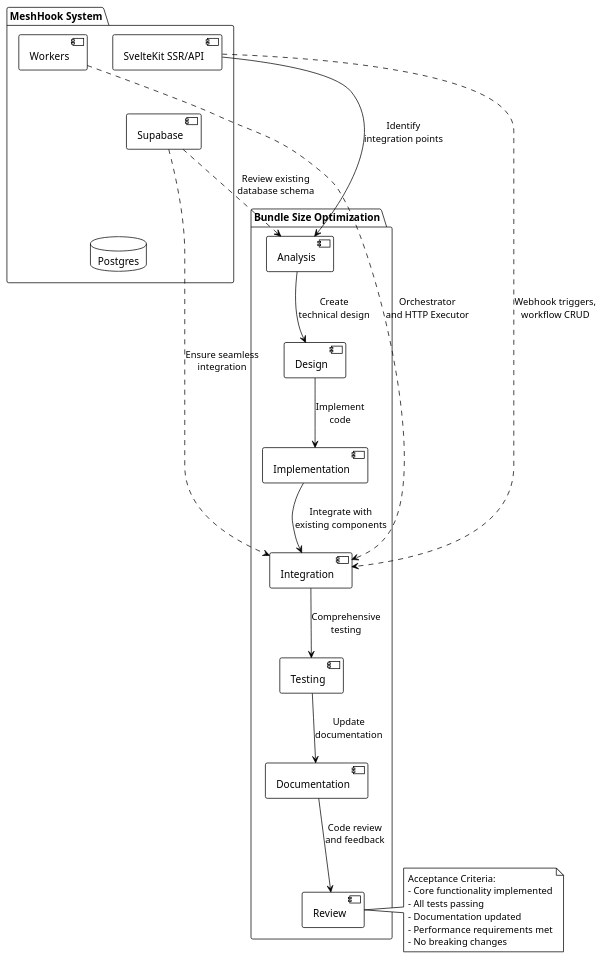
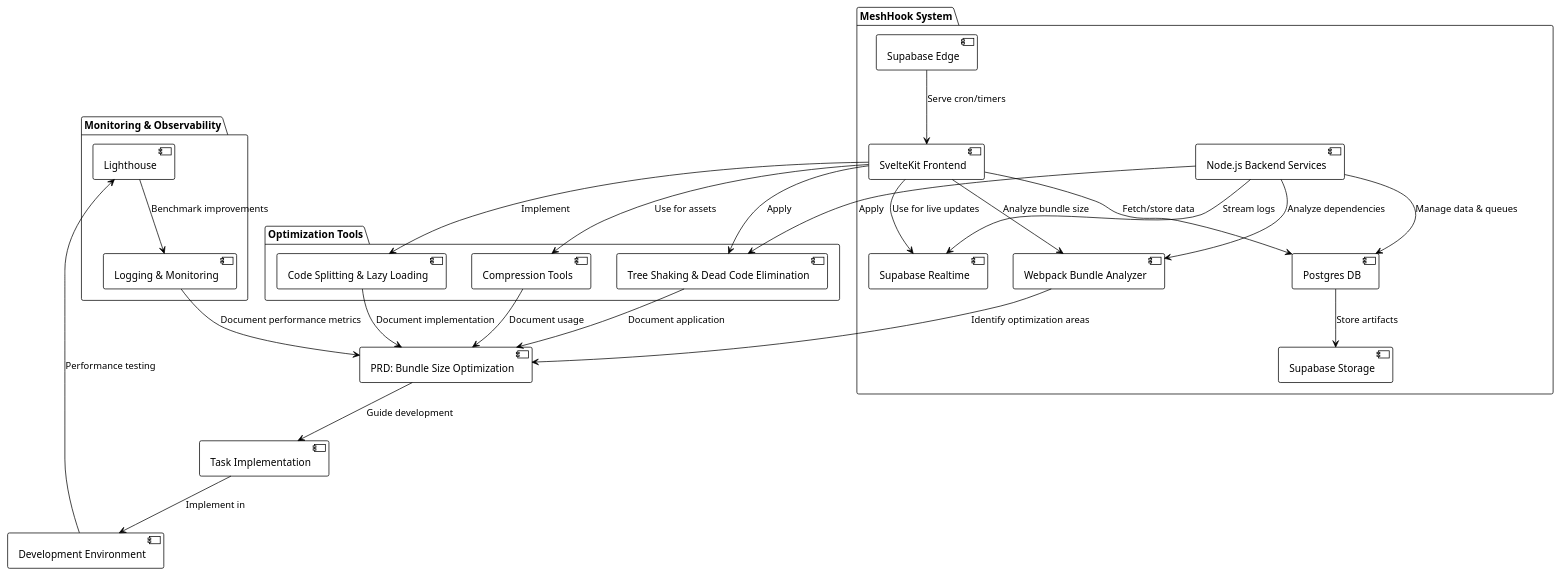
The diagram in docs/PRDs/212-bundle-size-optimization.puml (profullstack/meshhook), drawn with PlantUML before and after one commit. The commit also changed 74 other files, not shown here.

```diff
--- a/docs/PRDs/212-bundle-size-optimization.puml
+++ b/docs/PRDs/212-bundle-size-optimization.puml
@@ -1,46 +1,55 @@
 @startuml
 !theme plain
 
 package "MeshHook System" {
-    [SvelteKit SSR/API] as SvelteKit
-    [Supabase] as Supabase
-    [Workers] as Workers
-    database "Postgres" as Postgres
+    [SvelteKit Frontend] as Frontend
+    [Supabase Realtime] as Realtime
+    [Postgres DB] as Postgres
+    [Node.js Backend Services] as Backend
+    [Webpack Bundle Analyzer] as Analyzer
+    [Supabase Storage] as Storage
+    [Supabase Edge] as Edge
 }
 
-package "Bundle Size Optimization" {
-    [Analysis] as Analysis
-    [Design] as Design
-    [Implementation] as Implementation
-    [Integration] as Integration
-    [Testing] as Testing
-    [Documentation] as Documentation
-    [Review] as Review
+package "Optimization Tools" {
+    [Code Splitting & Lazy Loading] as CodeSplitting
+    [Compression Tools] as Compression
+    [Tree Shaking & Dead Code Elimination] as TreeShaking
 }
 
-SvelteKit --> Analysis : Identify\nintegration points
-Analysis --> Design : Create\ntechnical design
-Design --> Implementation : Implement\ncode
-Implementation --> Integration : Integrate with\nexisting components
-Integration --> Testing : Comprehensive\ntesting
-Testing --> Documentation : Update\ndocumentation
-Documentation --> Review : Code review\nand feedback
+package "Monitoring & Observability" {
+    [Lighthouse] as Lighthouse
+    [Logging & Monitoring] as Logging
+}
 
-Supabase -[hidden]-> Postgres
-Workers -[hidden]-> Supabase
+[PRD: Bundle Size Optimization] as PRD
+[Development Environment] as DevEnv
 
-Supabase ..> Analysis : Review existing\ndatabase schema
-Supabase ..> Integration : Ensure seamless\nintegration
-Workers ..> Integration : Orchestrator\nand HTTP Executor
-SvelteKit ..> Integration : Webhook triggers,\nworkflow CRUD
+Frontend --> Analyzer : Analyze bundle size
+Frontend --> CodeSplitting : Implement
+Frontend --> Compression : Use for assets
+Frontend --> TreeShaking : Apply
 
-note right of Review
-  Acceptance Criteria:
-  - Core functionality implemented
-  - All tests passing
-  - Documentation updated
-  - Performance requirements met
-  - No breaking changes
-end note
+Backend --> Analyzer : Analyze dependencies
+Backend --> TreeShaking : Apply
+
+Analyzer --> PRD : Identify optimization areas
+CodeSplitting --> PRD : Document implementation
+Compression --> PRD : Document usage
+TreeShaking --> PRD : Document application
+
+Frontend --> Realtime : Use for live updates
+Frontend --> Postgres : Fetch/store data
+Backend --> Postgres : Manage data & queues
+Backend --> Realtime : Stream logs
+Postgres --> Storage : Store artifacts
+Edge --> Frontend : Serve cron/timers
+
+PRD --> [Task Implementation] : Guide development
+[Task Implementation] --> DevEnv : Implement in
+DevEnv --> Lighthouse : Performance testing
+Lighthouse --> Logging : Benchmark improvements
+
+Logging --> PRD : Document performance metrics
 
 @enduml
```
